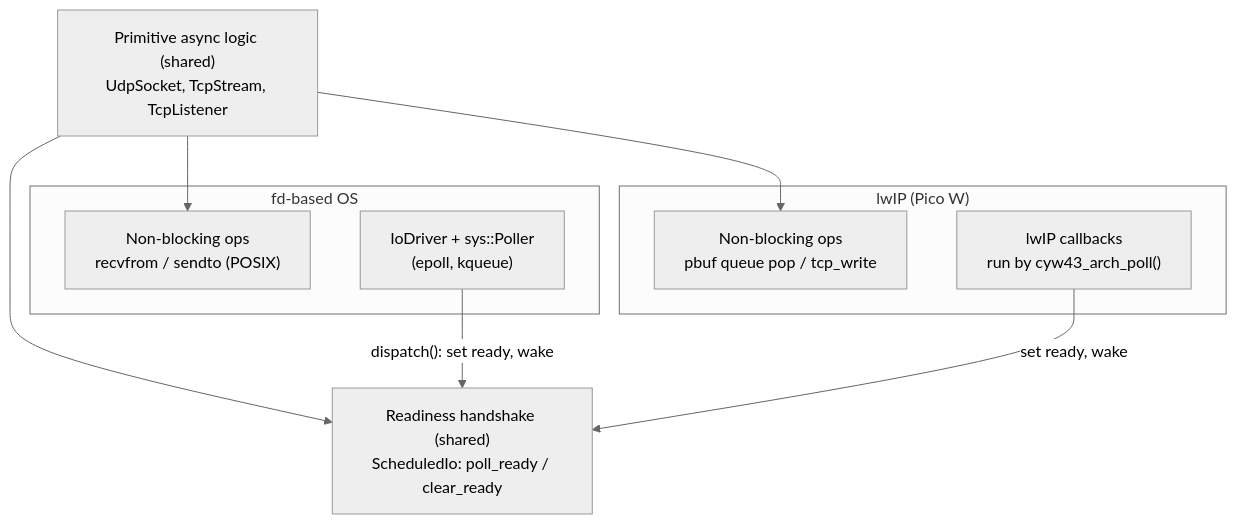
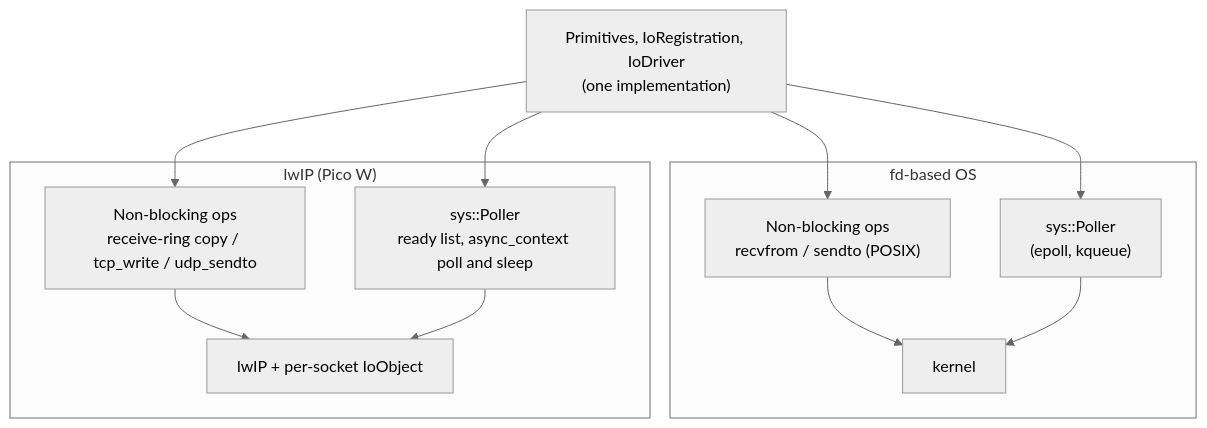
One commit to bts164/coro changed the second of 5 diagrams in doc/design/io_driver.md. Above: the diagram before and after it, drawn with Mermaid (neutral theme). The commit also changed other lines of this file and 101 other files, not shown here.

Commit message:
Added a sys layer abstraction on top of lwip so that the pico port sockets and other IO types ca use the IoDriver and the exact same code as the desktop port above that.

````diff
--- a/doc/design/io_driver.md
+++ b/doc/design/io_driver.md
@@ -187,18 +223,18 @@
 ```mermaid
 flowchart TD
-    P["Primitive async logic (shared)<br/>UdpSocket, TcpStream, TcpListener"]
-    R["Readiness handshake (shared)<br/>ScheduledIo: poll_ready / clear_ready"]
+    P["Primitives, IoRegistration, IoDriver<br/>(one implementation)"]
     subgraph desktop["fd-based OS"]
         DO["Non-blocking ops<br/>recvfrom / sendto (POSIX)"]
-        DD["IoDriver + sys::Poller<br/>(epoll, kqueue)"]
+        DD["sys::Poller<br/>(epoll, kqueue)"]
+        DK["kernel"]
     end
     subgraph pico["lwIP (Pico W)"]
-        LO["Non-blocking ops<br/>pbuf queue pop / tcp_write"]
-        LC["lwIP callbacks<br/>run by cyw43_arch_poll()"]
+        LO["Non-blocking ops<br/>receive-ring copy / tcp_write / udp_sendto"]
+        LD["sys::Poller<br/>ready list, async_context poll and sleep"]
+        LK["lwIP + per-socket IoObject"]
     end
-    P --> R
-    P --> DO
-    P --> LO
-    DD -- "dispatch(): set ready, wake" --> R
-    LC -- "set ready, wake" --> R
+    P --> DO --> DK
+    P --> DD --> DK
+    P --> LO --> LK
+    P --> LD --> LK
 ```
````
